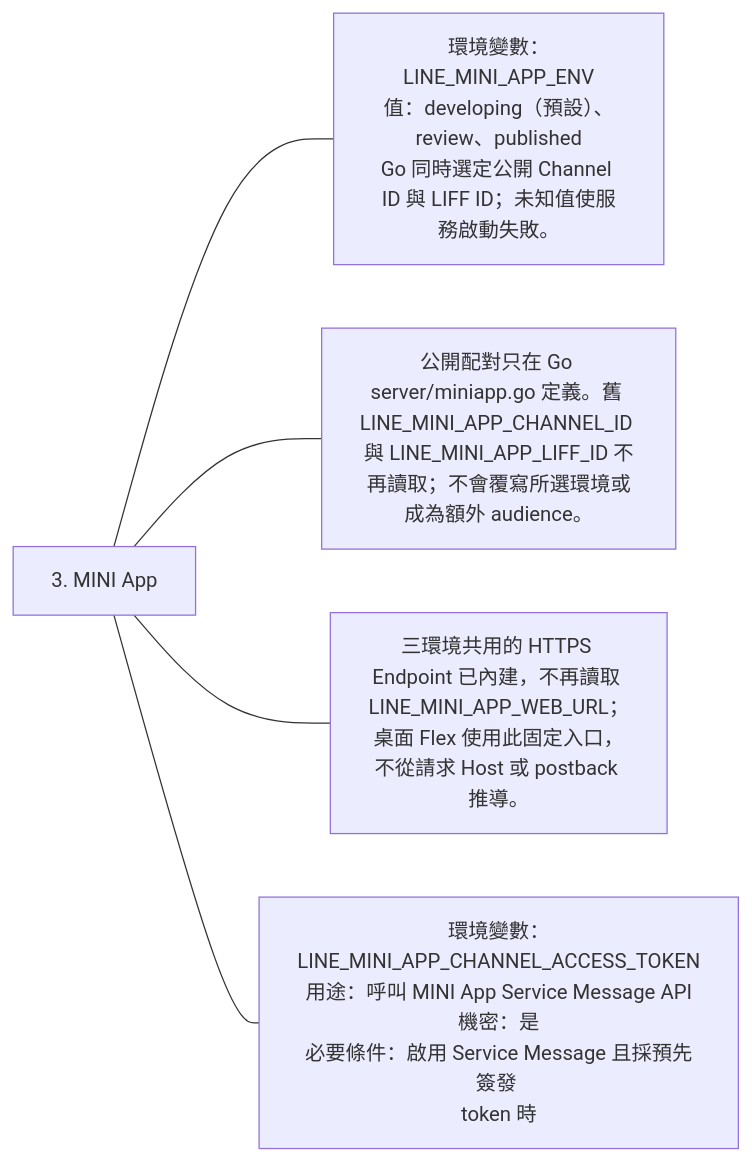
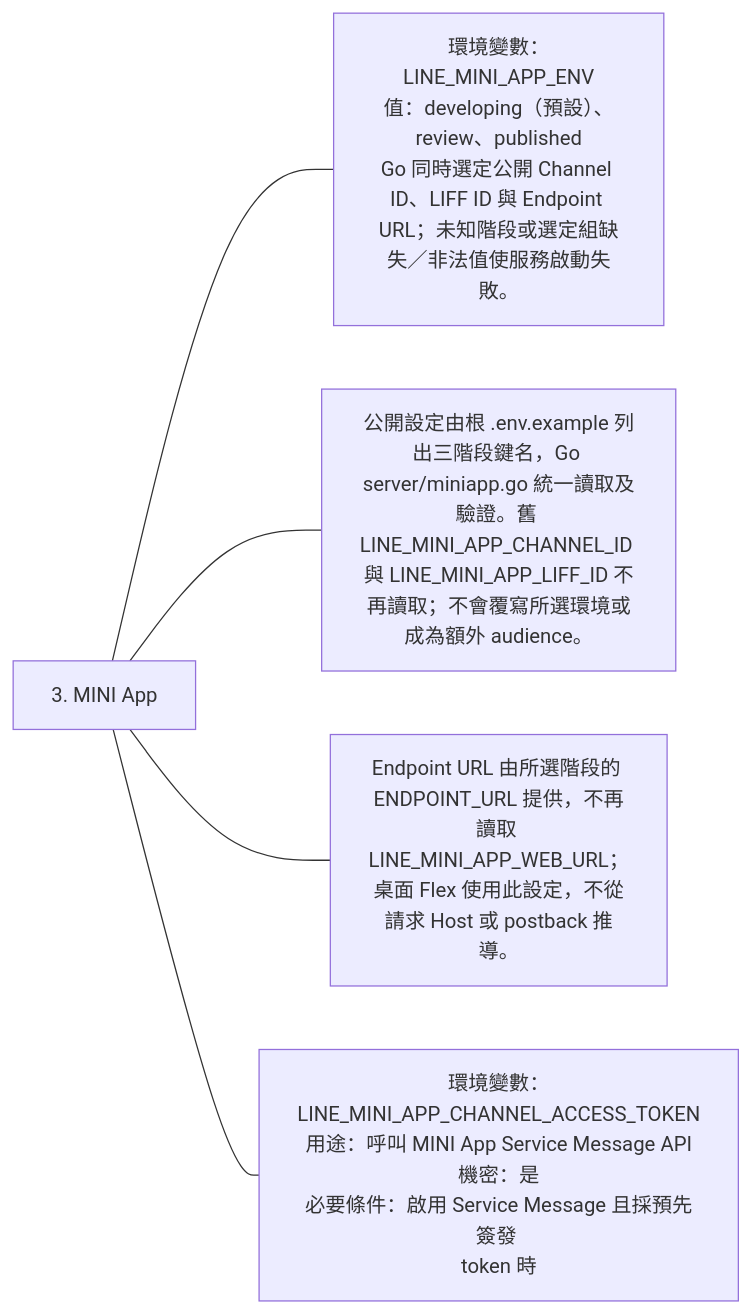
Before and after one commit to 963sup/line-mini-app-bot: the sixth of 9 diagrams in docs/architecture/integrations/line-environment.md, drawn with Mermaid. The commit also changed other lines of this file and 18 other files, not shown here.

First line of the commit message:
refactor(config): select MINI App profiles from runtime environment (#36)

````diff
--- a/docs/architecture/integrations/line-environment.md
+++ b/docs/architecture/integrations/line-environment.md
@@ -45,8 +45,8 @@
 ```mermaid
 flowchart LR
   h["3. MINI App"]
-  h --- n0["環境變數：LINE_MINI_APP_ENV<br/>值：developing（預設）、review、published<br/>Go 同時選定公開 Channel ID 與 LIFF ID；未知值使服務啟動失敗。"]
-  h --- n1["公開配對只在 Go server/miniapp.go 定義。舊 LINE_MINI_APP_CHANNEL_ID 與 LINE_MINI_APP_LIFF_ID 不再讀取；不會覆寫所選環境或成為額外 audience。"]
-  h --- n2["三環境共用的 HTTPS Endpoint 已內建，不再讀取 LINE_MINI_APP_WEB_URL；桌面 Flex 使用此固定入口，不從請求 Host 或 postback 推導。"]
+  h --- n0["環境變數：LINE_MINI_APP_ENV<br/>值：developing（預設）、review、published<br/>Go 同時選定公開 Channel ID、LIFF ID 與 Endpoint URL；未知階段或選定組缺失／非法值使服務啟動失敗。"]
+  h --- n1["公開設定由根 .env.example 列出三階段鍵名，Go server/miniapp.go 統一讀取及驗證。舊 LINE_MINI_APP_CHANNEL_ID 與 LINE_MINI_APP_LIFF_ID 不再讀取；不會覆寫所選環境或成為額外 audience。"]
+  h --- n2["Endpoint URL 由所選階段的 ENDPOINT_URL 提供，不再讀取 LINE_MINI_APP_WEB_URL；桌面 Flex 使用此設定，不從請求 Host 或 postback 推導。"]
   h --- n3["環境變數：LINE_MINI_APP_CHANNEL_ACCESS_TOKEN<br/>用途：呼叫 MINI App Service Message API<br/>機密：是<br/>必要條件：啟用 Service Message 且採預先簽發 <br/>token 時"]
 ```
````
